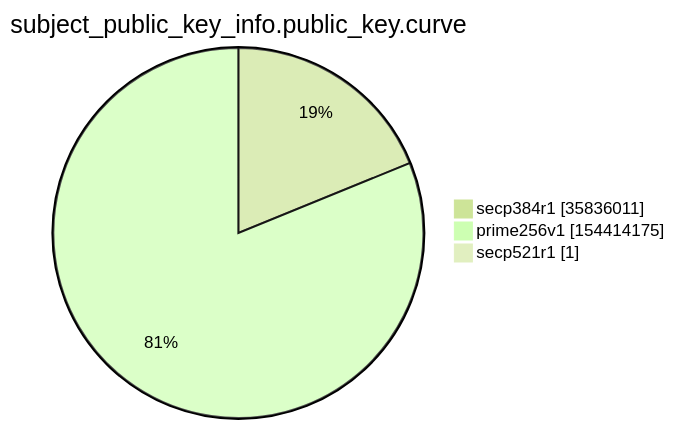
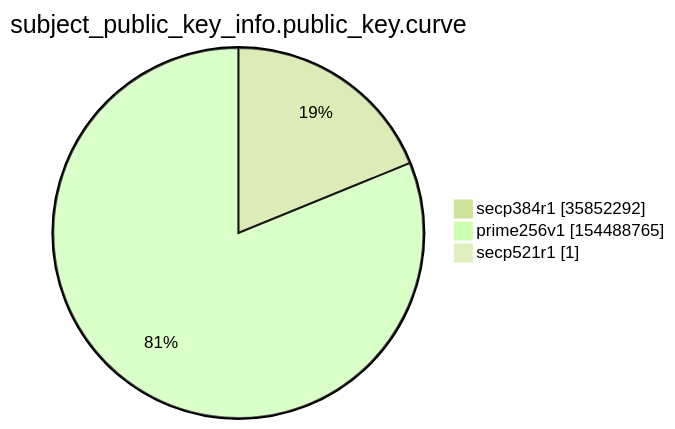
Before and after one commit to christiankrug/ctmonitor_visualization: the ninth of 15 diagrams in argon2022/README.md, drawn with Mermaid (forest theme). The commit also changed other lines of this file, not shown here.

````diff
--- a/argon2022/README.md
+++ b/argon2022/README.md
@@ -2765,7 +2765,7 @@
 ```mermaid
 pie showData
 title subject_public_key_info.public_key.curve
-"secp384r1" :35836011
-"prime256v1" :154414175
+"secp384r1" :35852292
+"prime256v1" :154488765
 "secp521r1" :1
 ```
````
